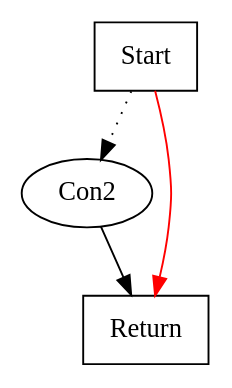
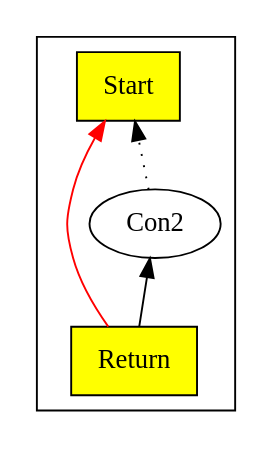
One commit to SeaOfNodes/Simple changed the diagram in chapter02/docs/02-post-peephole-ex1.gv. Above: the diagram before and after it, drawn with Graphviz. The commit also changed 5 other files, not shown here.

```diff
--- a/chapter02/docs/02-post-peephole-ex1.gv
+++ b/chapter02/docs/02-post-peephole-ex1.gv
@@ -1,10 +1,11 @@
-digraph chapter02
-{
-	Start1 [shape=box,  label="Start"];
-	Con213 [ label="Con2"];
-	Start1 -> Con213 [style=dotted];
-	Return14 [shape=box,  label="Return"];
-	Con213 -> Return14;
-	edge [color=red];
-	Start1 -> Return14;
+digraph chapter02 {
+	rankdir=BT;
+	subgraph cluster_Nodes {
+		Start1 [ shape=box style=filled fillcolor=yellow label="Start" ];
+		Con213 [ label="Con2" ];
+		Return14 [ shape=box style=filled fillcolor=yellow label="Return" ];
+	}
+	Con213 -> Start1 [style=dotted];
+	Return14 -> Start1 [color=red];
+	Return14 -> Con213;
 }
```
